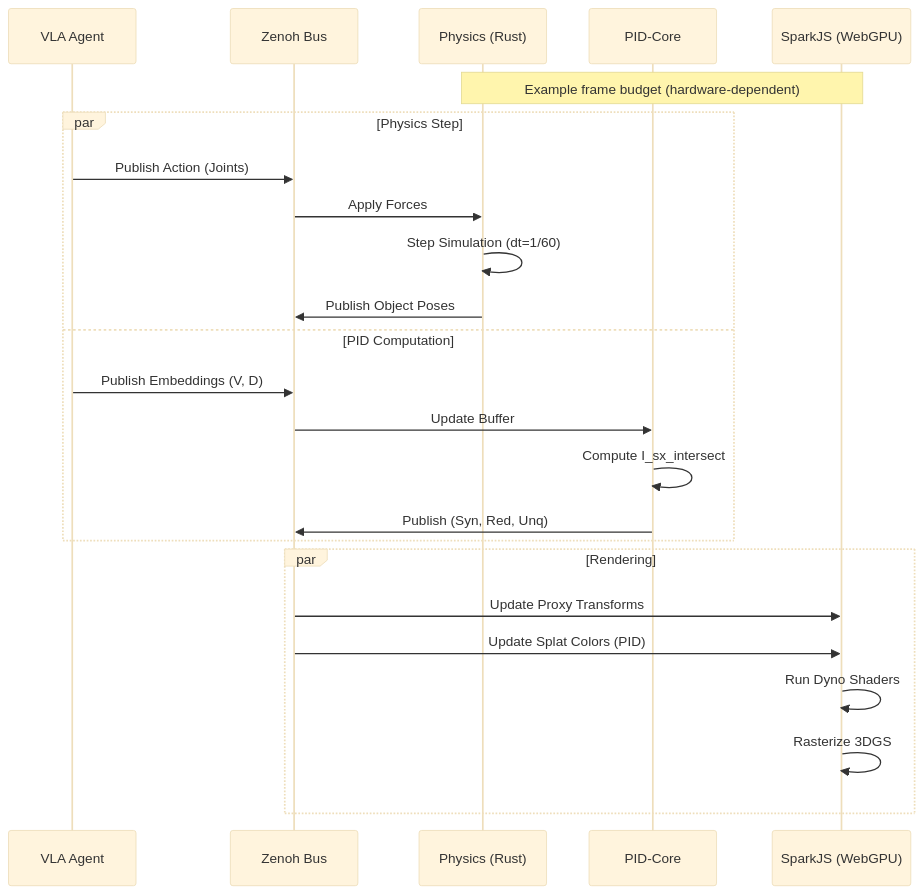
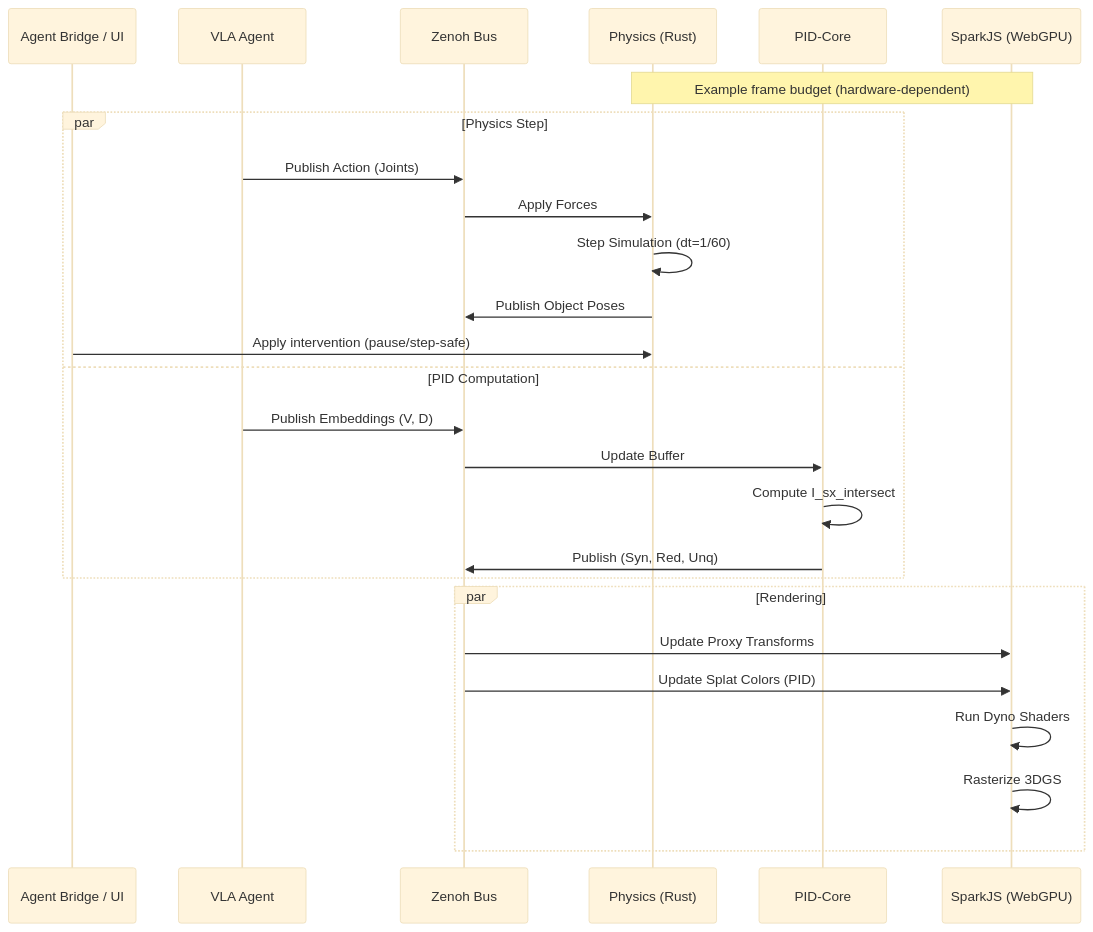
One commit to sepahead/prisoma changed the second of 12 diagrams in DIAGRAMS.md. Above: the diagram before and after it, drawn with Mermaid (base theme). The commit also changed other lines of this file and 9 other files, not shown here.

````diff
--- a/DIAGRAMS.md
+++ b/DIAGRAMS.md
@@ -74,29 +85,31 @@
 ```mermaid
 sequenceDiagram
+    participant Agent as Agent Bridge / UI
     participant VLA as VLA Agent
     participant Zenoh as Zenoh Bus
     participant Phys as Physics (Rust)
     participant PID as PID-Core
     participant Spark as SparkJS (WebGPU)
 
     Note over Phys, Spark: Example frame budget (hardware-dependent)
 
     par Physics Step
         VLA->>Zenoh: Publish Action (Joints)
         Zenoh->>Phys: Apply Forces
         Phys->>Phys: Step Simulation (dt=1/60)
         Phys->>Zenoh: Publish Object Poses
+        Agent->>Phys: Apply intervention (pause/step-safe)
     and PID Computation
         VLA->>Zenoh: Publish Embeddings (V, D)
         Zenoh->>PID: Update Buffer
         PID->>PID: Compute I_sx_intersect
         PID->>Zenoh: Publish (Syn, Red, Unq)
     end
 
     par Rendering
         Zenoh->>Spark: Update Proxy Transforms
         Zenoh->>Spark: Update Splat Colors (PID)
         Spark->>Spark: Run Dyno Shaders
         Spark->>Spark: Rasterize 3DGS
     end
 ```
````
